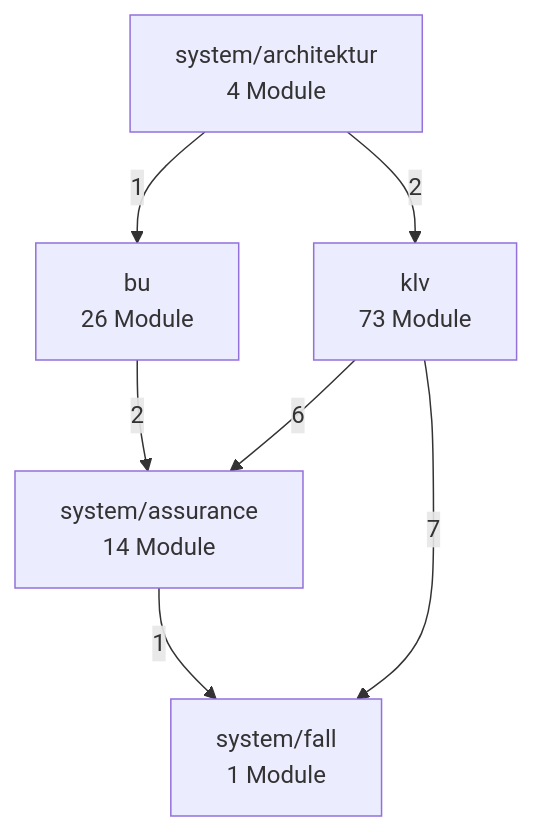
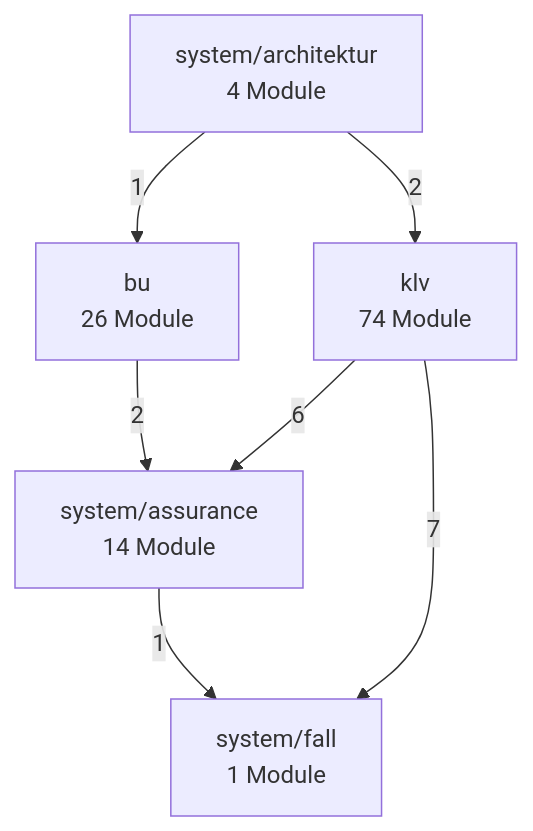
Before and after one commit to bartlmac/rechner-pipeline: the second of 3 diagrams in docs/architektur/landkarte.md, drawn with Mermaid. The commit also changed other lines of this file and 7 other files, not shown here.

````diff
--- a/docs/architektur/landkarte.md
+++ b/docs/architektur/landkarte.md
@@ -73,15 +73,15 @@
 ```mermaid
 %% Fachknoten — erzeugt von ontologie.landkarte
 flowchart TD
     bu["bu<br/>26 Module"]
-    klv["klv<br/>73 Module"]
+    klv["klv<br/>74 Module"]
     system_architektur["system/architektur<br/>4 Module"]
     system_assurance["system/assurance<br/>14 Module"]
     system_fall["system/fall<br/>1 Module"]
     bu -- 2 --> system_assurance
     klv -- 6 --> system_assurance
     klv -- 7 --> system_fall
     system_architektur -- 1 --> bu
     system_architektur -- 2 --> klv
     system_assurance -- 1 --> system_fall
 ```
````
